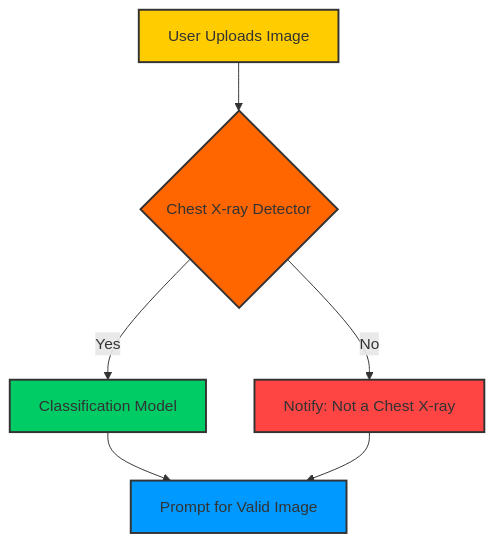
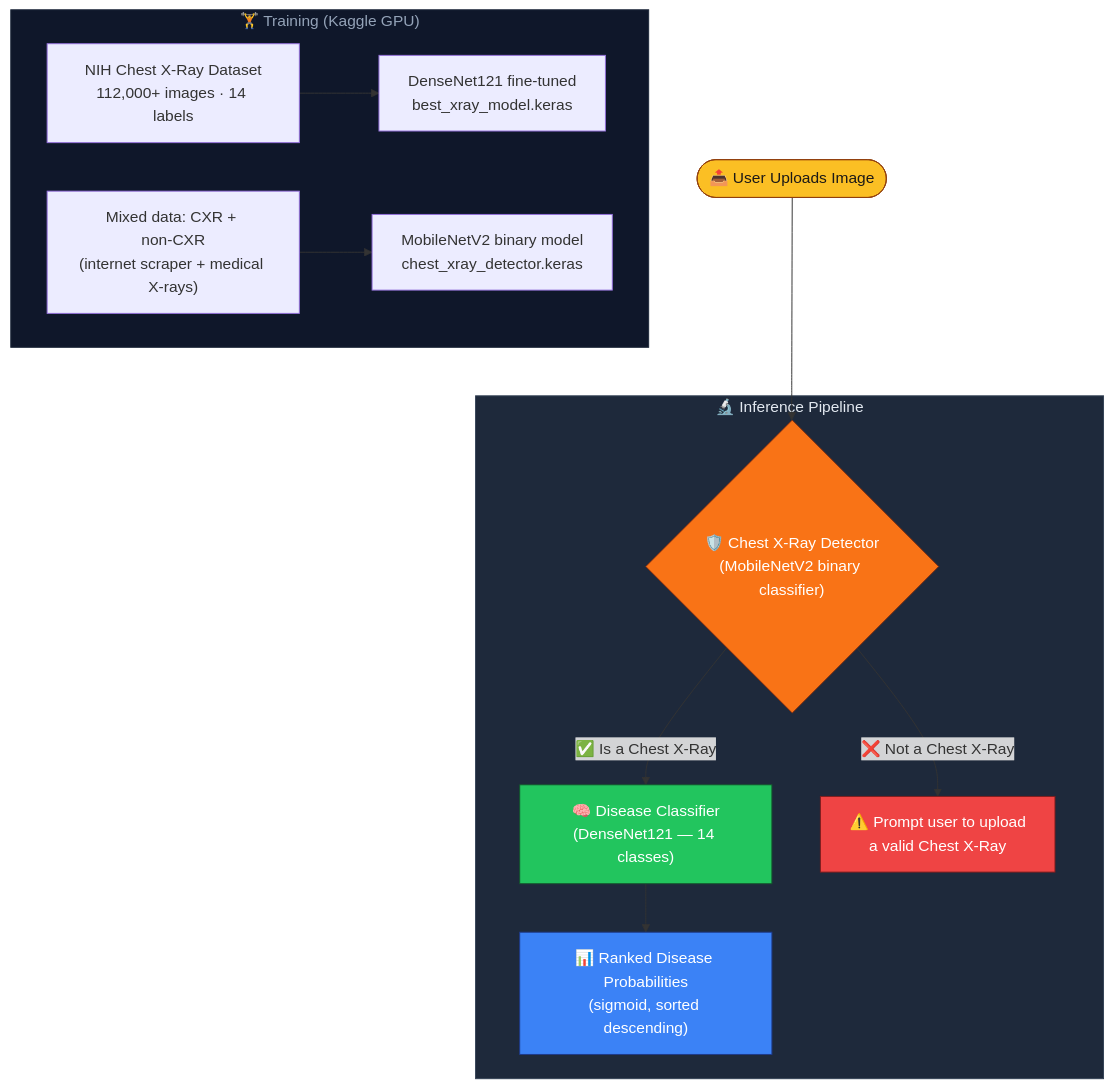
The diagram in README.md (Wissem-Sahli-Engineer/Pneumonia-Classifcation-CNN), drawn with Mermaid before and after one commit. The commit also changed other lines of this file, not shown here.

````diff
--- a/README.md
+++ b/README.md
@@ -13,13 +20,29 @@
 ```mermaid
 flowchart TD
-    A[User Uploads Image] --> B{Chest X‑ray Detector}
-    B -- Yes --> C[Classification Model]
-    B -- No --> D[Notify: Not a Chest X‑ray]
-    C --> E[Display Predicted Disease]
-    D --> E[Prompt for Valid Image]
-    style A fill:#ffcc00,stroke:#333,stroke-width:2px;
-    style B fill:#ff6600,stroke:#333,stroke-width:2px;
-    style C fill:#00cc66,stroke:#333,stroke-width:2px;
-    style D fill:#ff4444,stroke:#333,stroke-width:2px;
-    style E fill:#0099ff,stroke:#333,stroke-width:2px;
+    A(["📤 User Uploads Image"]) --> B
+
+    subgraph PIPELINE ["🔬 Inference Pipeline"]
+        B{"🛡️ Chest X‑Ray Detector\n(MobileNetV2 binary classifier)"}
+        B -- "✅ Is a Chest X‑Ray" --> C
+        B -- "❌ Not a Chest X‑Ray" --> D
+        C["🧠 Disease Classifier\n(DenseNet121 — 14 classes)"]
+        C --> E["📊 Ranked Disease Probabilities\n(sigmoid, sorted descending)"]
+    end
+
+    D["⚠️ Prompt user to upload\na valid Chest X‑Ray"]
+
+    subgraph TRAINING ["🏋️ Training (Kaggle GPU)"]
+        T1["NIH Chest X‑Ray Dataset\n112,000+ images · 14 labels"]
+        T1 --> T2["DenseNet121 fine‑tuned\nbest_xray_model.keras"]
+        T3["Mixed data: CXR + non‑CXR\n(internet scraper + medical X‑rays)"]
+        T3 --> T4["MobileNetV2 binary model\nchest_xray_detector.keras"]
+    end
+
+    style A fill:#fbbf24,stroke:#92400e,color:#1c1917
+    style B fill:#f97316,stroke:#7c2d12,color:#fff
+    style C fill:#22c55e,stroke:#14532d,color:#fff
+    style D fill:#ef4444,stroke:#7f1d1d,color:#fff
+    style E fill:#3b82f6,stroke:#1e3a8a,color:#fff
+    style PIPELINE fill:#1e293b,stroke:#334155,color:#e2e8f0
+    style TRAINING fill:#0f172a,stroke:#1e293b,color:#94a3b8
 ```
````
